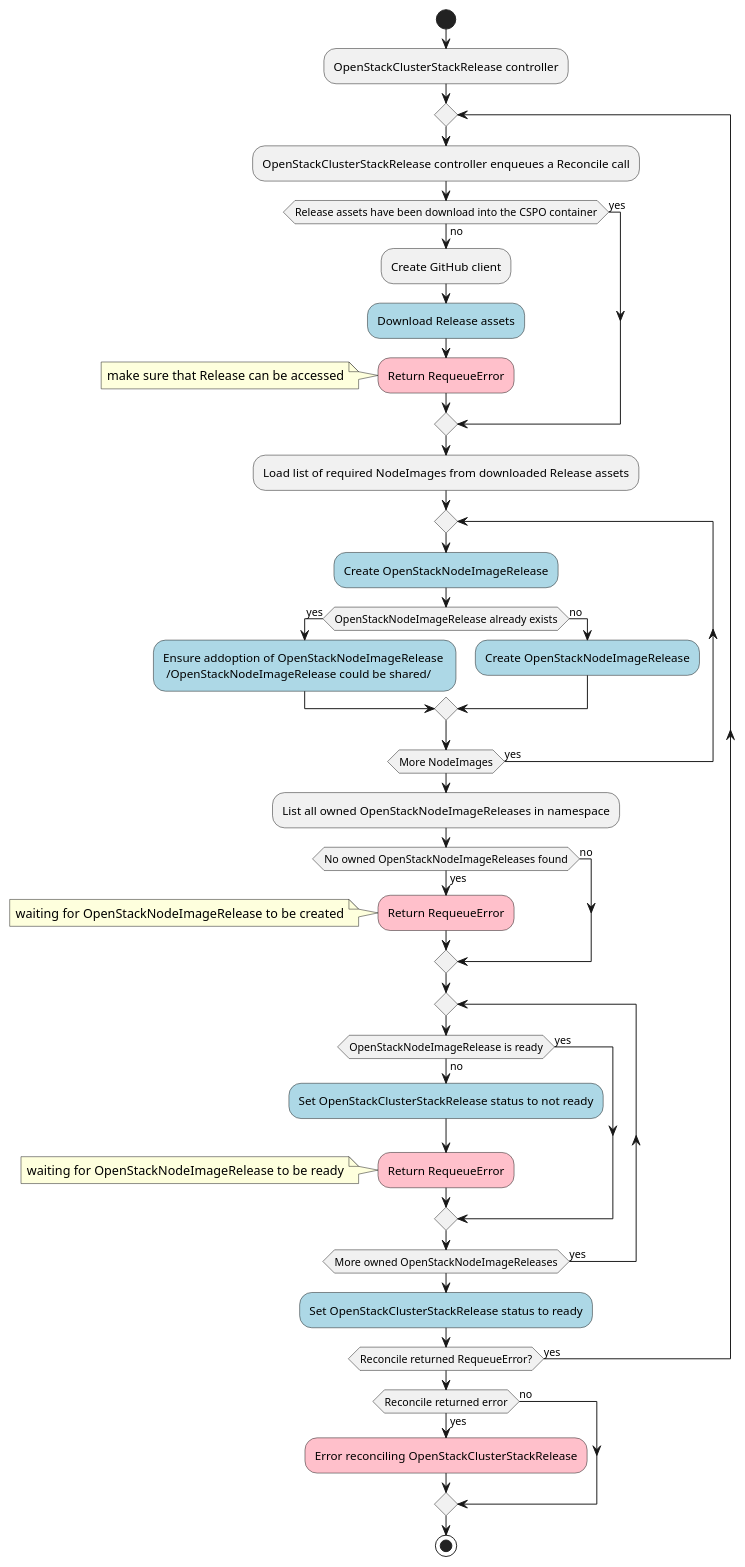
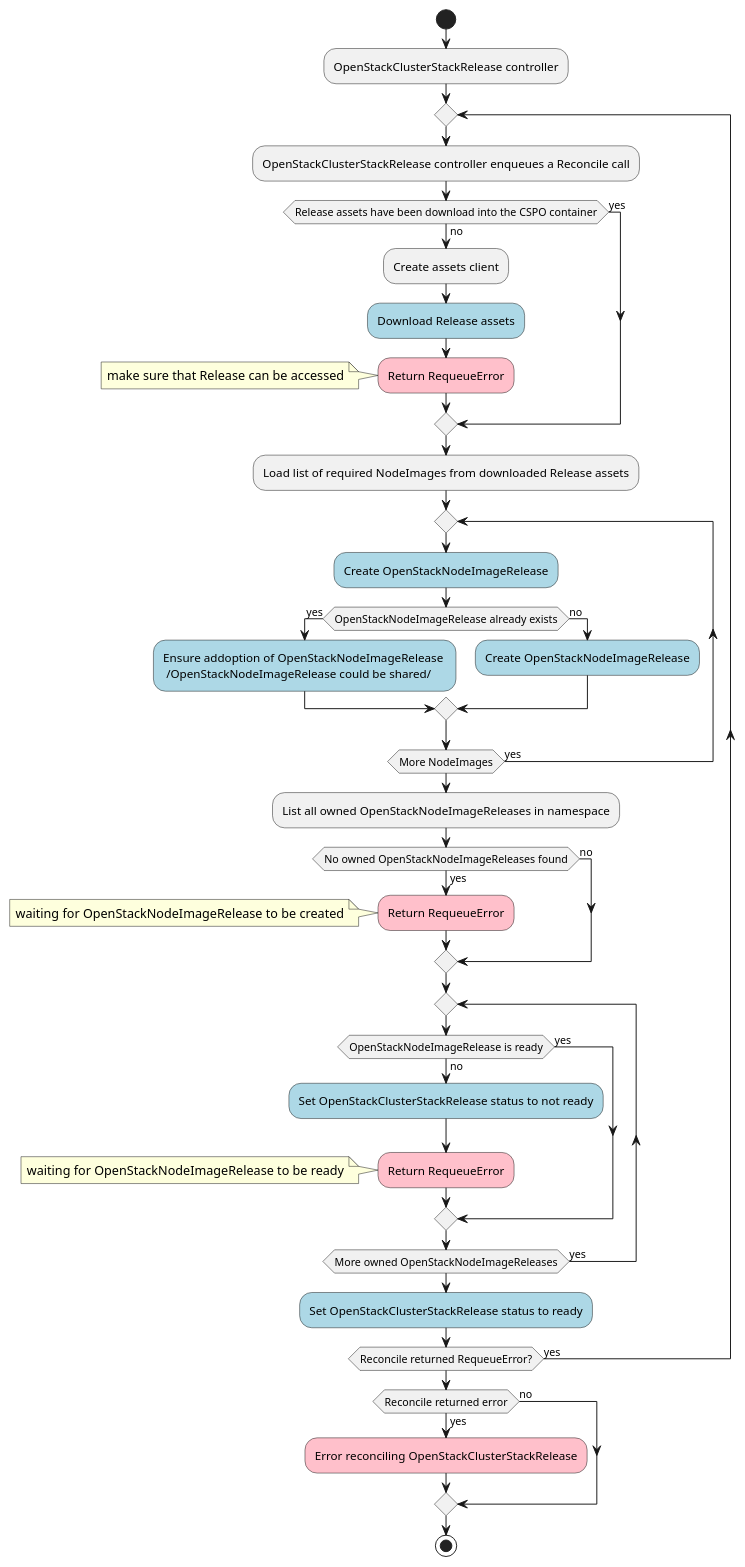
Before and after one commit to SovereignCloudStack/cluster-stack-provider-openstack: the diagram in docs/images/openstackclusterstackrelease-controller.plantuml, drawn with PlantUML. The commit also changed 1108 other files, not shown here.

First line of the commit message:
:sparkles: Add oci as assets client (#198)

```diff
--- a/docs/images/openstackclusterstackrelease-controller.plantuml
+++ b/docs/images/openstackclusterstackrelease-controller.plantuml
@@ -1,46 +1,46 @@
 @startuml openstack-clusterstack-release-controller
 
 start;
 :OpenStackClusterStackRelease controller;
 
 repeat
   :OpenStackClusterStackRelease controller enqueues a Reconcile call;
   if (Release assets have been download into the CSPO container) then (no)
-    :Create GitHub client;
+    :Create assets client;
     #LightBlue:Download Release assets;
     #Pink:Return RequeueError;
     note left: make sure that Release can be accessed
   else (yes)
   endif
   :Load list of required NodeImages from downloaded Release assets;
   repeat
     #LightBlue:Create OpenStackNodeImageRelease;
     if (OpenStackNodeImageRelease already exists) then (yes)
       #LightBlue:Ensure addoption of OpenStackNodeImageRelease \n /OpenStackNodeImageRelease could be shared/;
     else (no)
       #LightBlue:Create OpenStackNodeImageRelease;
     endif
   repeat while (More NodeImages) is (yes)
   :List all owned OpenStackNodeImageReleases in namespace;
   if (No owned OpenStackNodeImageReleases found) then (yes)
     #Pink:Return RequeueError;
     note left: waiting for OpenStackNodeImageRelease to be created
   else (no)
   endif
   repeat
     if (OpenStackNodeImageRelease is ready) then (yes)
     else (no)
       #LightBlue:Set OpenStackClusterStackRelease status to not ready;
       #Pink:Return RequeueError;
       note left: waiting for OpenStackNodeImageRelease to be ready
     endif
   repeat while (More owned OpenStackNodeImageReleases) is (yes)
   #LightBlue:Set OpenStackClusterStackRelease status to ready;
 repeat while (Reconcile returned RequeueError?) is (yes)
 if (Reconcile returned error) then (yes)
   #Pink:Error reconciling OpenStackClusterStackRelease;
 else (no)
 endif
 stop;
 
 @enduml
```
